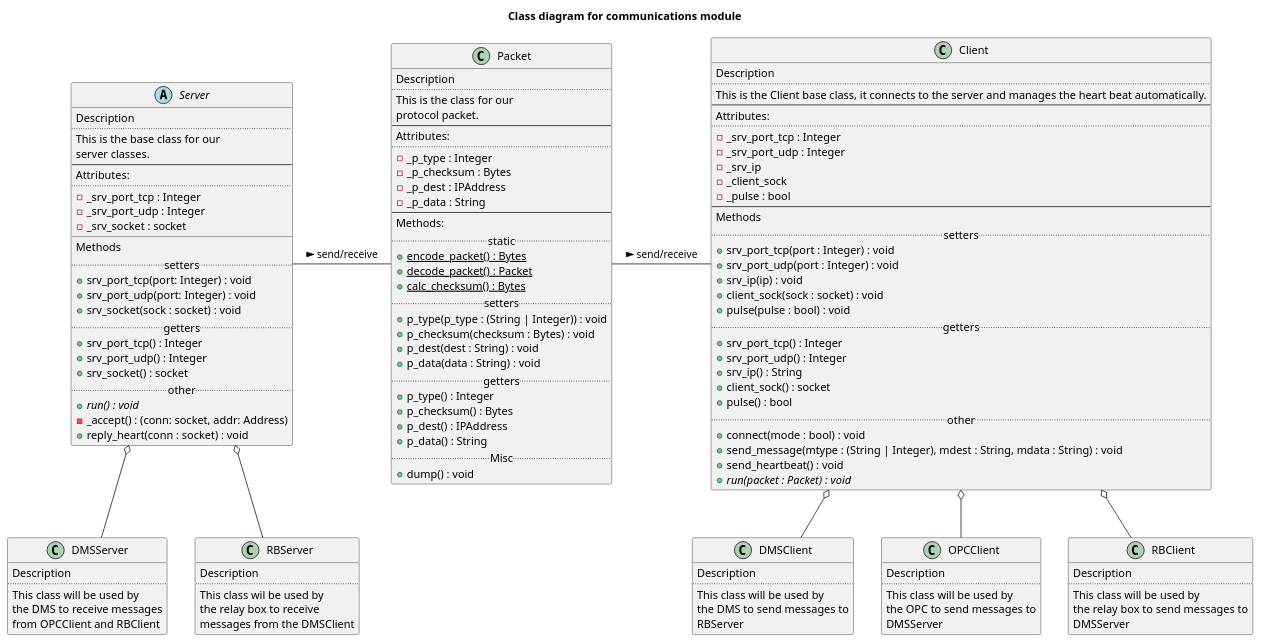
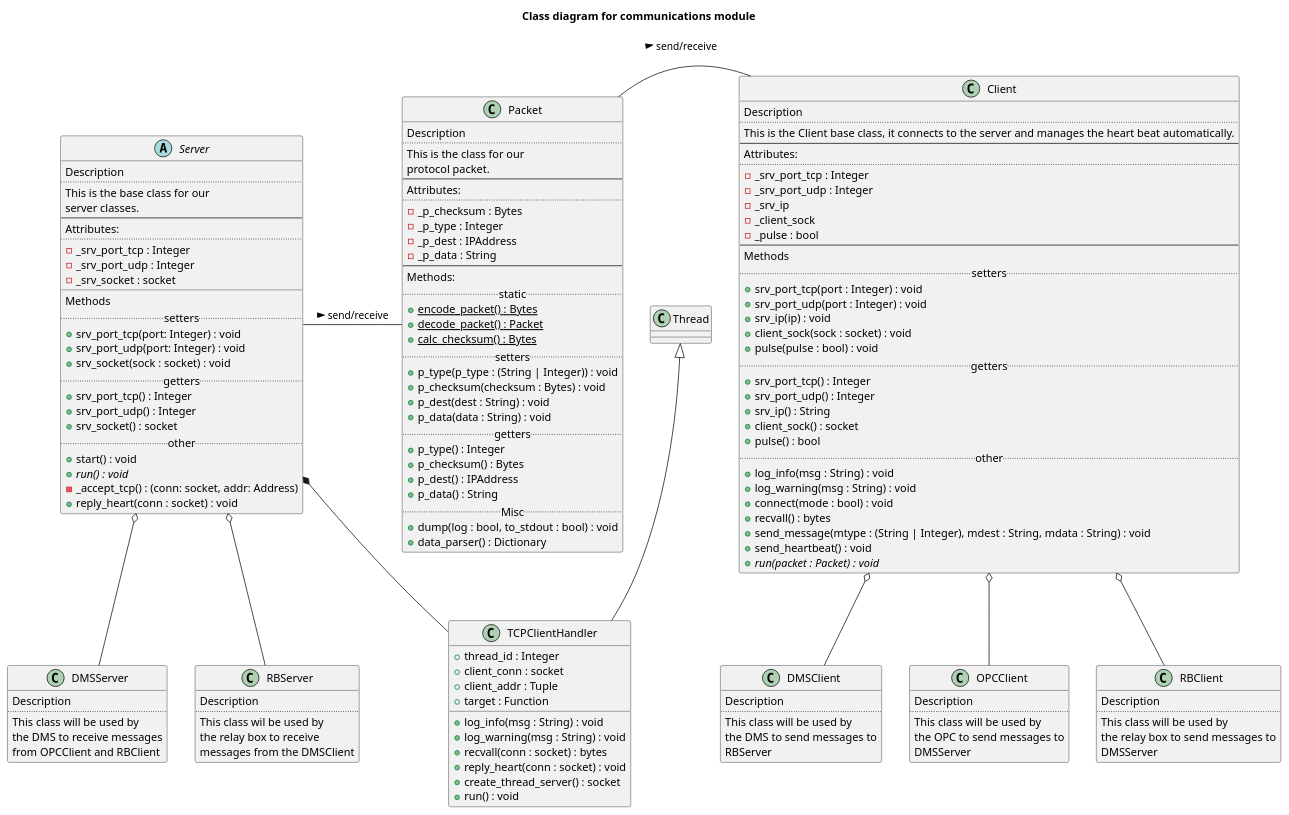
Before and after one commit to CE-CF/P2-B214: the first of 3 diagrams in hive/communication/README.org, drawn with PlantUML. The commit also changed other lines of this file and 1 other file, not shown here.

Commit message:
README update

```diff
--- a/hive/communication/README.org
+++ b/hive/communication/README.org
@@ -58,8 +58,8 @@
           --
           Attributes:
           ..
+          -_p_checksum : Bytes
           -_p_type : Integer
-          -_p_checksum : Bytes
           -_p_dest : IPAddress
           -_p_data : String
           --
@@ -79,7 +79,8 @@
           +p_dest() : IPAddress
           +p_data() : String
           ..Misc..
-          +dump() : void
+          +dump(log : bool, to_stdout : bool) : void
+          +data_parser() : Dictionary
   }
 
   abstract class Server{
@@ -104,9 +105,24 @@
           +srv_port_udp() : Integer
           +srv_socket() : socket
           ..other..
+          +start() : void
           +{abstract} run() : void
-          -_accept() : (conn: socket, addr: Address)
+          -_accept_tcp() : (conn: socket, addr: Address)
           +reply_heart(conn : socket) : void
+  }
+
+  class TCPClientHandler extends Thread{
+          +thread_id : Integer
+          +client_conn : socket
+          +client_addr : Tuple
+          +target : Function
+
+          +log_info(msg : String) : void
+          +log_warning(msg : String) : void
+          +recvall(conn : socket) : bytes
+          +reply_heart(conn : socket) : void
+          +create_thread_server() : socket
+          +run() : void
   }
 
   class DMSServer{
@@ -152,7 +168,10 @@
           +client_sock() : socket
           +pulse() : bool
           ..other..
+          +log_info(msg : String) : void
+          +log_warning(msg : String) : void
           +connect(mode : bool) : void
+          +recvall() : bytes
           +send_message(mtype : (String | Integer), mdest : String, mdata : String) : void
           +send_heartbeat() : void
           +{abstract}run(packet : Packet) : void
@@ -182,6 +201,8 @@
           DMSServer
   }
 
+  Server *-- TCPClientHandler
+
   Client o-- OPCClient
   Client o-- RBClient
   Client o-- DMSClient
```
